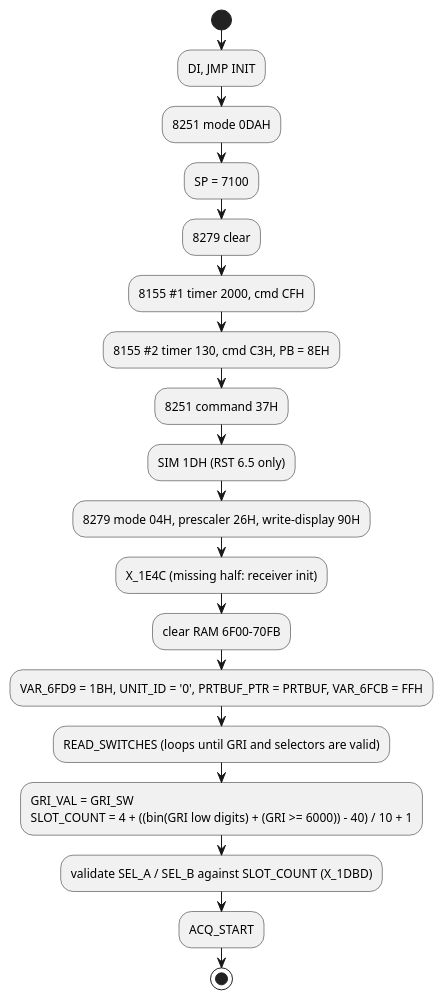
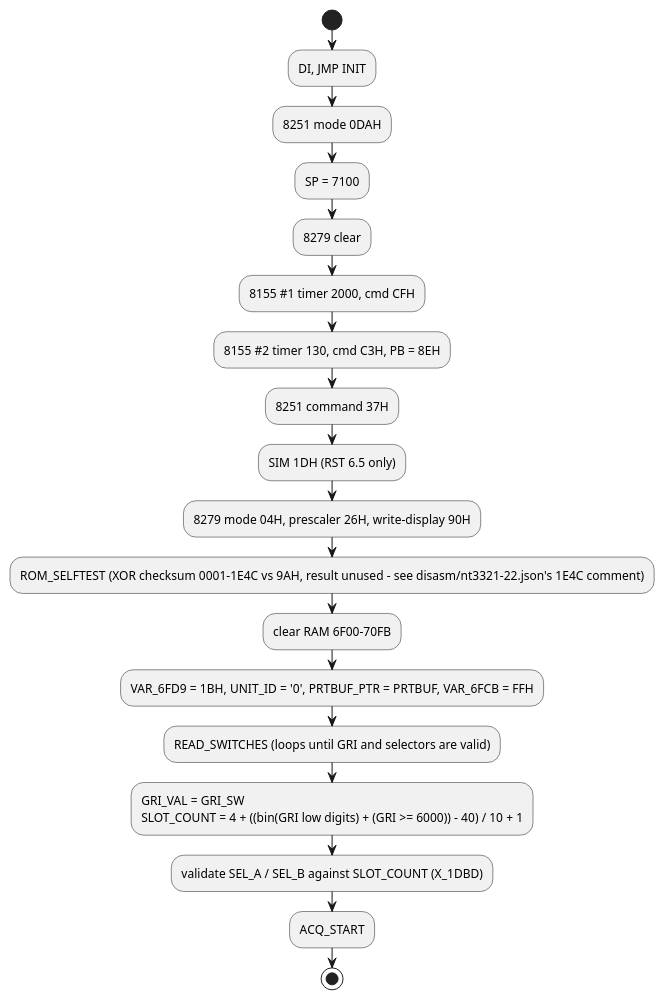
Before and after one commit to Mwwhited-BookLearning/navtec-roms: the first of 3 diagrams in docs/firmware.md, drawn with PlantUML. The commit also changed other lines of this file and 9 other files, not shown here.

````diff
--- a/docs/firmware.md
+++ b/docs/firmware.md
@@ -18,23 +18,23 @@
 ```plantuml
 @startuml
 start
 :DI, JMP INIT;
 :8251 mode 0DAH;
 :SP = 7100;
 :8279 clear;
 :8155 #1 timer 2000, cmd CFH;
 :8155 #2 timer 130, cmd C3H, PB = 8EH;
 :8251 command 37H;
 :SIM 1DH (RST 6.5 only);
 :8279 mode 04H, prescaler 26H, write-display 90H;
-:X_1E4C (missing half: receiver init);
+:ROM_SELFTEST (XOR checksum 0001-1E4C vs 9AH, result unused - see disasm/nt3321-22.json's 1E4C comment);
 :clear RAM 6F00-70FB;
 :VAR_6FD9 = 1BH, UNIT_ID = '0', PRTBUF_PTR = PRTBUF, VAR_6FCB = FFH;
 :READ_SWITCHES (loops until GRI and selectors are valid);
 :GRI_VAL = GRI_SW
 SLOT_COUNT = 4 + ((bin(GRI low digits) + (GRI >= 6000)) - 40) / 10 + 1;
 :validate SEL_A / SEL_B against SLOT_COUNT (X_1DBD);
 :ACQ_START;
 stop
 @enduml
 ```
````
